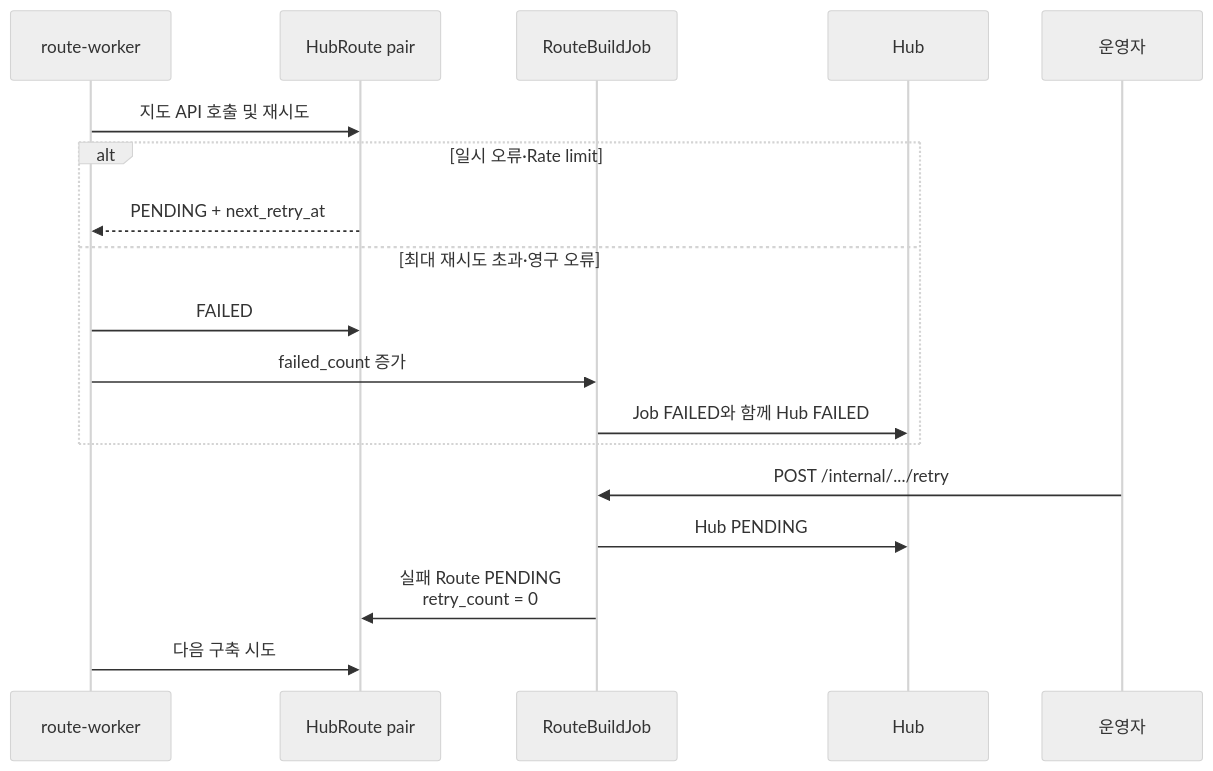
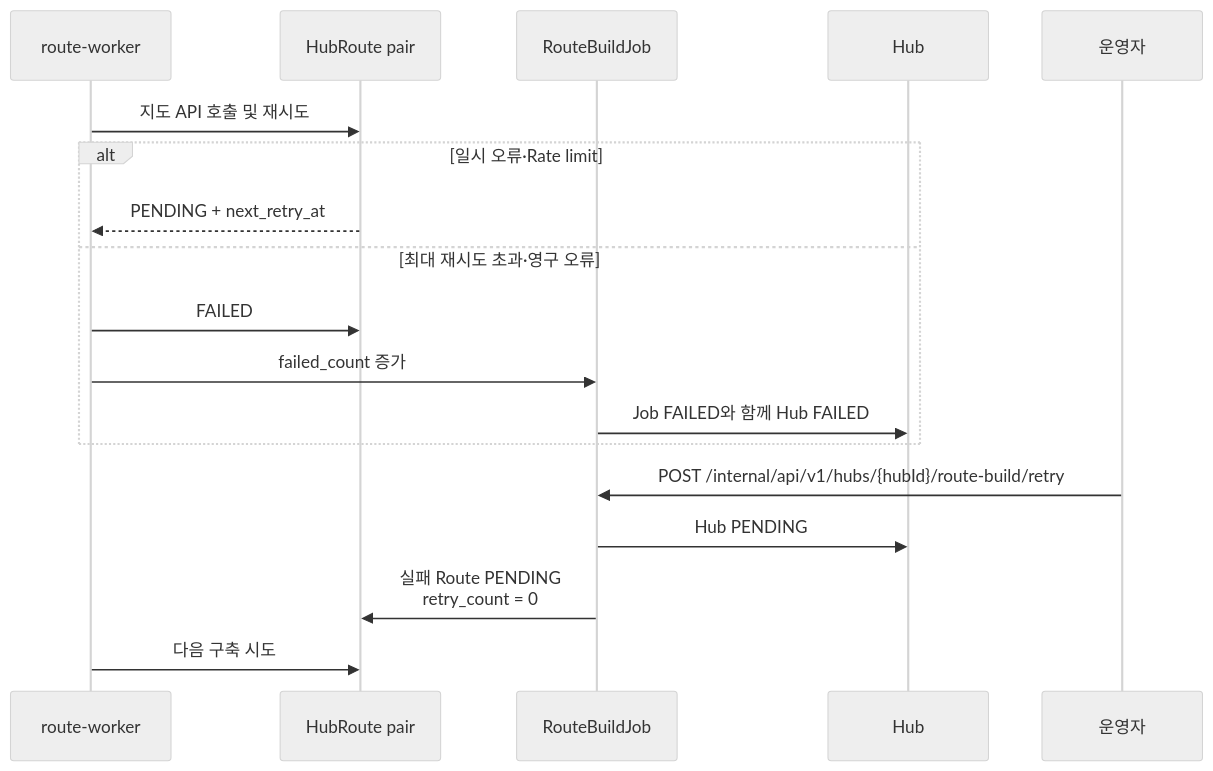
One commit to jumun-personal/hub changed the fifth of 7 diagrams in docs/hub-route-job-pipeline.md. Above: the diagram before and after it, drawn with Mermaid (neutral theme). The commit also changed other lines of this file and 2 other files, not shown here.

Commit message:
docs(hub-route): 문서 갱신

````diff
--- a/docs/hub-route-job-pipeline.md
+++ b/docs/hub-route-job-pipeline.md
@@ -123,21 +134,21 @@
 ```mermaid
 sequenceDiagram
     participant Worker as route-worker
     participant Route as HubRoute pair
     participant Job as RouteBuildJob
     participant Hub as Hub
     participant Operator as 운영자
 
     Worker->>Route: 지도 API 호출 및 재시도
     alt 일시 오류·Rate limit
         Route-->>Worker: PENDING + next_retry_at
     else 최대 재시도 초과·영구 오류
         Worker->>Route: FAILED
         Worker->>Job: failed_count 증가
         Job->>Hub: Job FAILED와 함께 Hub FAILED
     end
-    Operator->>Job: POST /internal/.../retry
+    Operator->>Job: POST /internal/api/v1/hubs/{hubId}/route-build/retry
     Job->>Hub: Hub PENDING
     Job->>Route: 실패 Route PENDING<br/>retry_count = 0
     Worker->>Route: 다음 구축 시도
 ```
````
